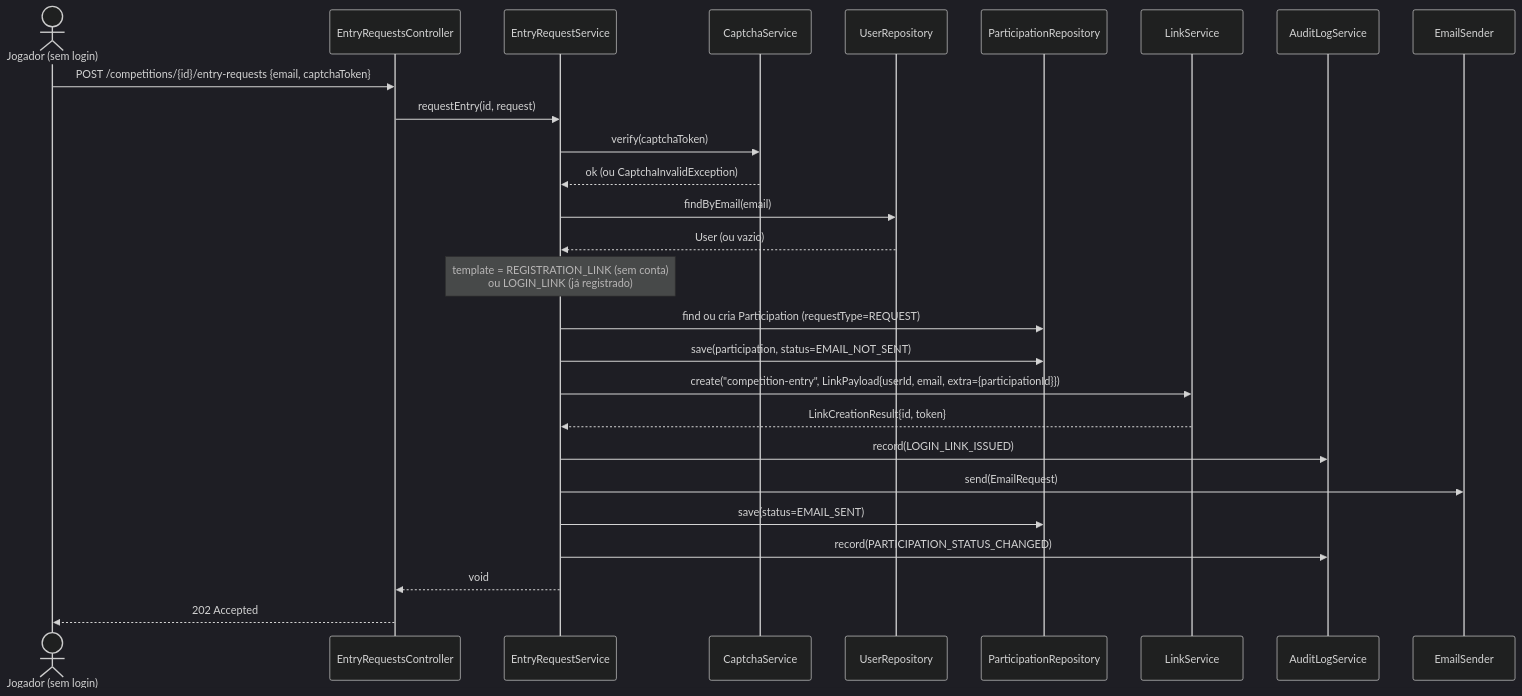
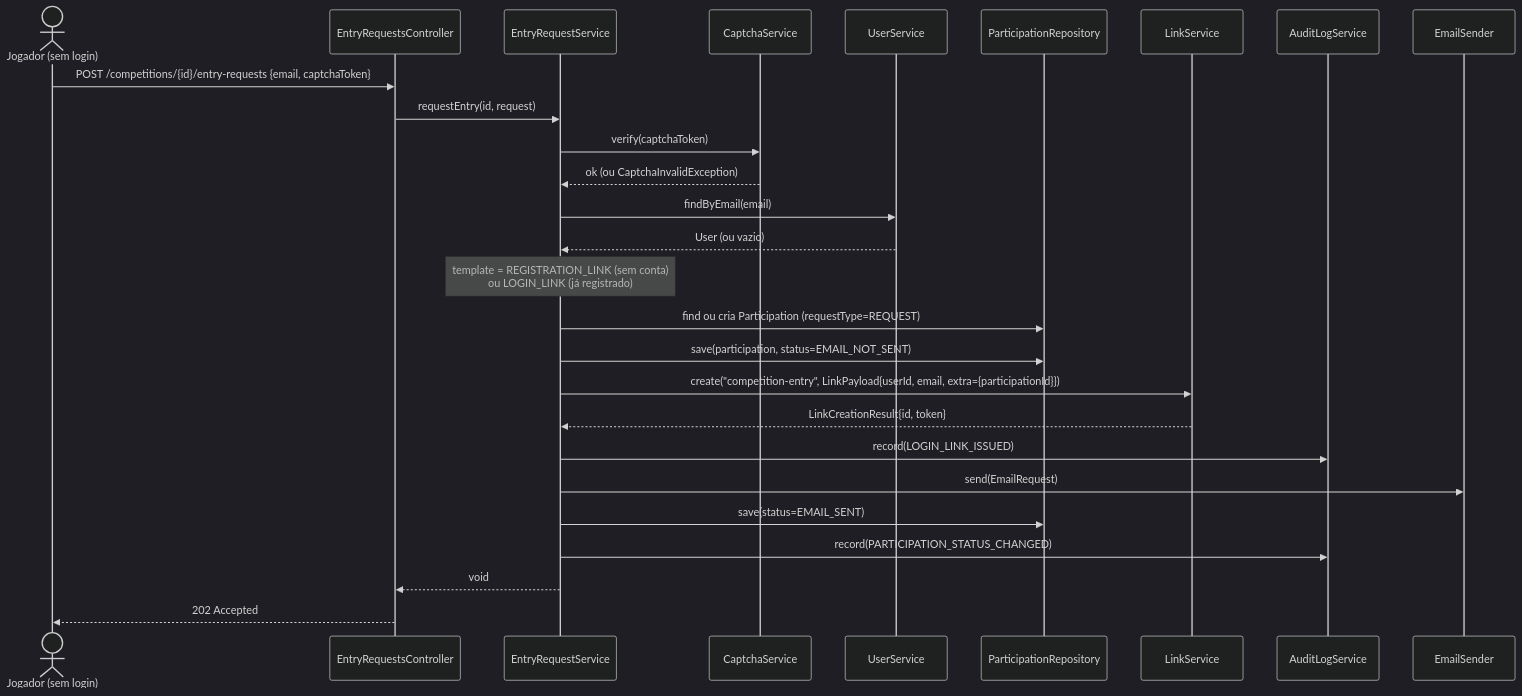
Before and after one commit to lalgarve/jogo-acoes: the seventh of 10 diagrams in docs/diagrams/sequencia.md, drawn with Mermaid (dark theme). The commit also changed other lines of this file and 2 other files, not shown here.

First line of the commit message:
docs: update module diagrams and spec 05-029 after implementation

````diff
--- a/docs/diagrams/sequencia.md
+++ b/docs/diagrams/sequencia.md
@@ -277,30 +276,30 @@
 ```mermaid
 sequenceDiagram
     actor J as Jogador (sem login)
     participant ERC as EntryRequestsController
     participant ERS as EntryRequestService
     participant Cap as CaptchaService
-    participant UR as UserRepository
+    participant US as UserService
     participant PR as ParticipationRepository
     participant LiS as LinkService
     participant AL as AuditLogService
     participant ES as EmailSender
 
     J->>ERC: POST /competitions/{id}/entry-requests {email, captchaToken}
     ERC->>ERS: requestEntry(id, request)
     ERS->>Cap: verify(captchaToken)
     Cap-->>ERS: ok (ou CaptchaInvalidException)
-    ERS->>UR: findByEmail(email)
-    UR-->>ERS: User (ou vazio)
+    ERS->>US: findByEmail(email)
+    US-->>ERS: User (ou vazio)
     Note over ERS: template = REGISTRATION_LINK (sem conta)<br/>ou LOGIN_LINK (já registrado)
     ERS->>PR: find ou cria Participation (requestType=REQUEST)
     ERS->>PR: save(participation, status=EMAIL_NOT_SENT)
     ERS->>LiS: create("competition-entry", LinkPayload{userId, email, extra={participationId}})
     LiS-->>ERS: LinkCreationResult{id, token}
     ERS->>AL: record(LOGIN_LINK_ISSUED)
     ERS->>ES: send(EmailRequest)
     ERS->>PR: save(status=EMAIL_SENT)
     ERS->>AL: record(PARTICIPATION_STATUS_CHANGED)
     ERS-->>ERC: void
     ERC-->>J: 202 Accepted
 ```
````
